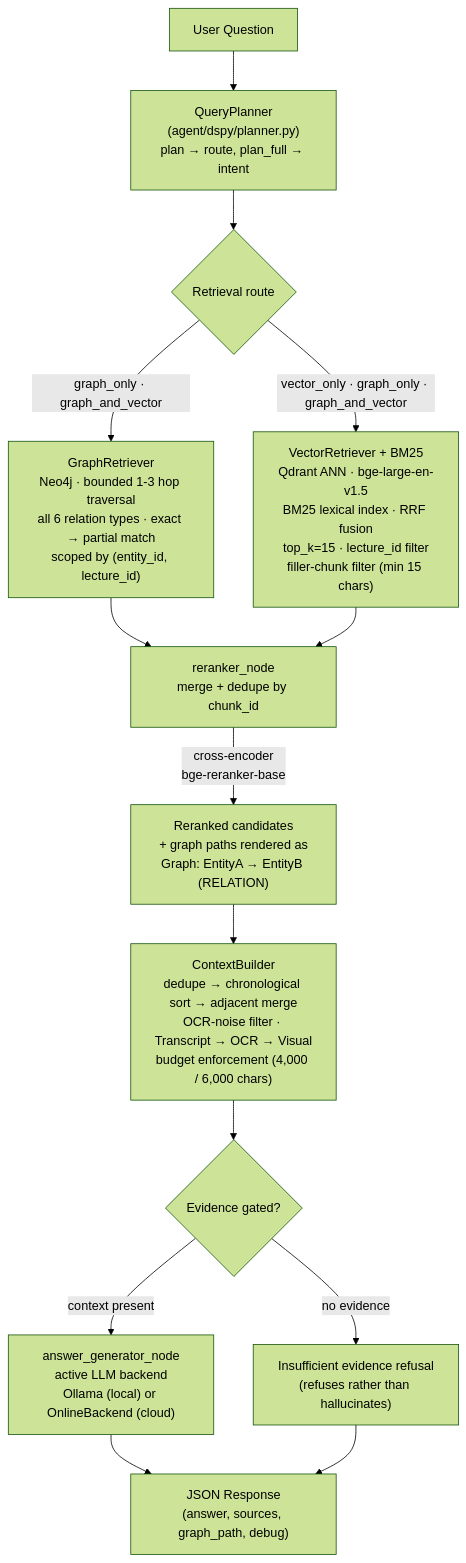
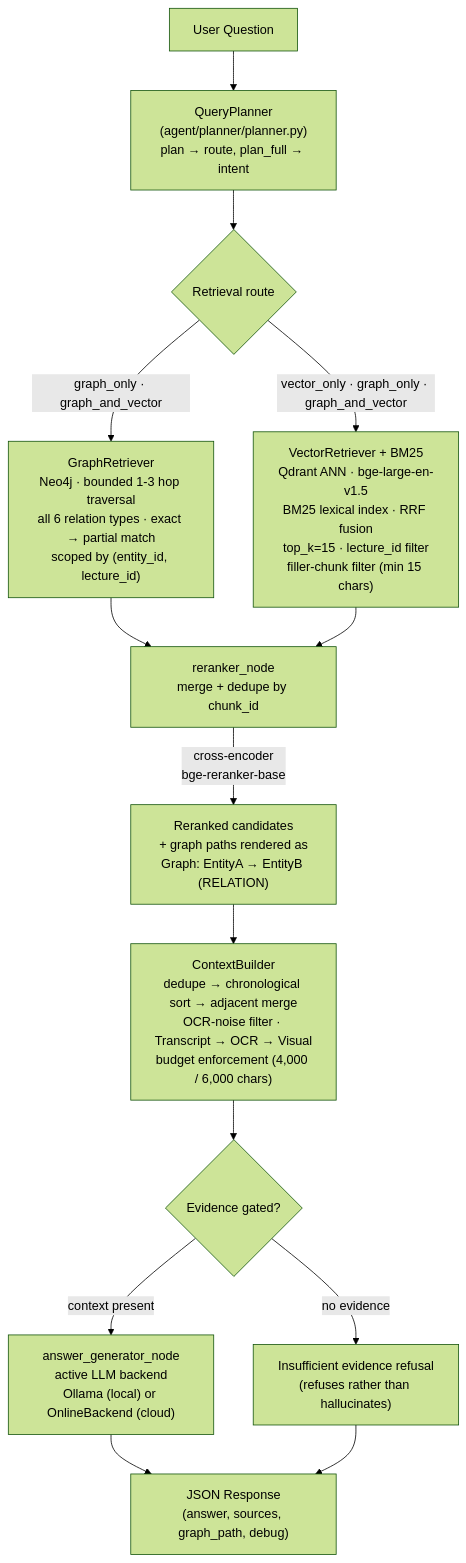
The second of 2 diagrams in README.md (surjit10/LectureMIND.), drawn with Mermaid (forest theme) before and after one commit. The commit also changed other lines of this file and 56 other files, not shown here.

````diff
--- a/README.md
+++ b/README.md
@@ -183,24 +183,24 @@
 ```mermaid
 flowchart TD
-    Q["User Question"] --> P["QueryPlanner<br/>(agent/dspy/planner.py)<br/>plan → route, plan_full → intent"]
+    Q["User Question"] --> P["QueryPlanner<br/>(agent/planner/planner.py)<br/>plan → route, plan_full → intent"]
 
     P --> R{"Retrieval route"}
 
     R -->|"graph_only · graph_and_vector"| G["GraphRetriever<br/>Neo4j · bounded 1-3 hop traversal<br/>all 6 relation types · exact → partial match<br/>scoped by (entity_id, lecture_id)"]
     R -->|"vector_only · graph_only · graph_and_vector"| V["VectorRetriever + BM25<br/>Qdrant ANN · bge-large-en-v1.5<br/>BM25 lexical index · RRF fusion<br/>top_k=15 · lecture_id filter<br/>filler-chunk filter (min 15 chars)"]
 
     G --> M["reranker_node<br/>merge + dedupe by chunk_id"]
     V --> M
 
     M -->|"cross-encoder<br/>bge-reranker-base"| X["Reranked candidates<br/>+ graph paths rendered as<br/>Graph: EntityA → EntityB (RELATION)"]
 
     X --> C["ContextBuilder<br/>dedupe → chronological sort → adjacent merge<br/>OCR-noise filter · Transcript → OCR → Visual<br/>budget enforcement (4,000 / 6,000 chars)"]
 
     C --> AG{"Evidence gated?"}
 
     AG -->|"context present"| L["answer_generator_node<br/>active LLM backend<br/>Ollama (local) or OnlineBackend (cloud)"]
     L --> R2["JSON Response<br/>(answer, sources, graph_path, debug)"]
 
     AG -->|"no evidence"| I["Insufficient evidence refusal<br/>(refuses rather than hallucinates)"]
     I --> R2
 ```
````
